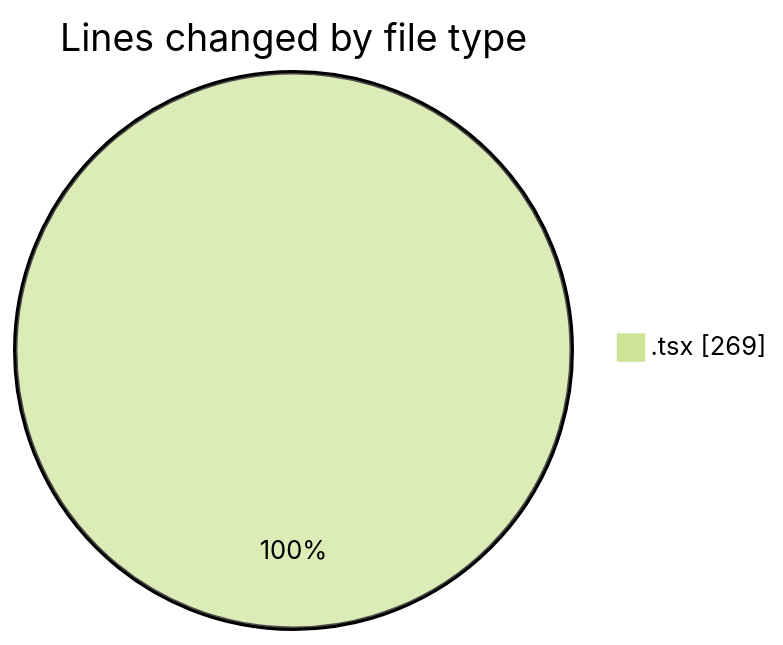
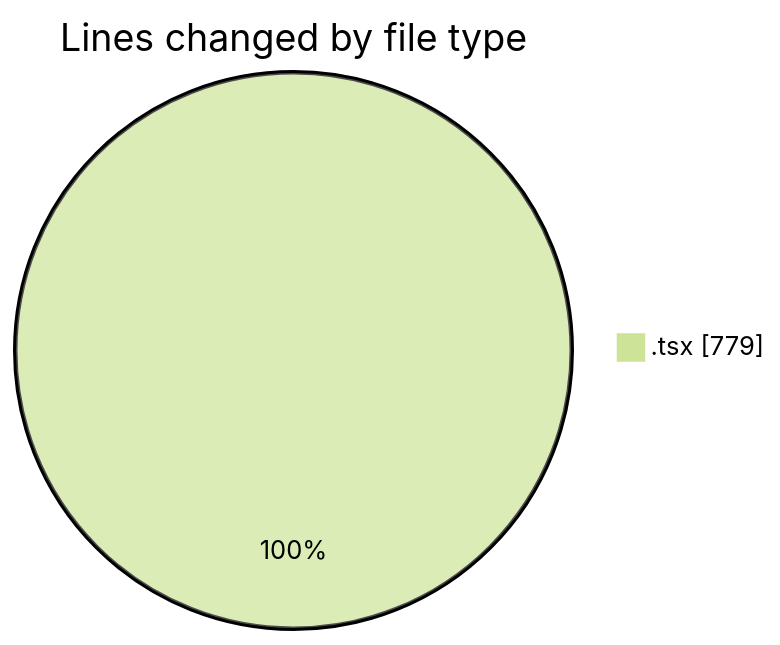
Before and after one commit to momahboobian/code-tracking: the first of 2 diagrams in 2025-09-15/cda/README.md, drawn with Mermaid (forest theme). The commit also changed other lines of this file and 1 other file, not shown here.

````diff
--- a/2025-09-15/cda/README.md
+++ b/2025-09-15/cda/README.md
@@ -20,5 +21,5 @@
 ```mermaid
 pie showData
 title Lines changed by file type
-".tsx" : 269
+".tsx" : 779
 ```
````
